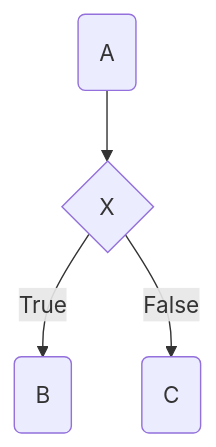
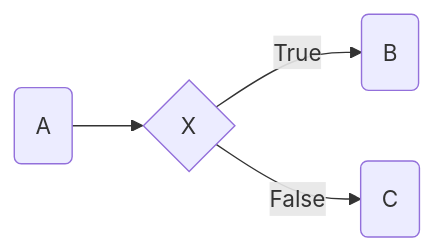
The diagram in readme.md (rauaap/marksocket), drawn with Mermaid before and after one commit.

Commit message:
turn mermaid graph sideways

````diff
--- a/readme.md
+++ b/readme.md
@@ -105,11 +105,11 @@
 ```mermaid
-graph TB
+graph LR
     a(A)
     x{X}
     b(B)
     c(C)
 
     a --> x
     x -->|True| b
     x -->|False| c
 ```
````
